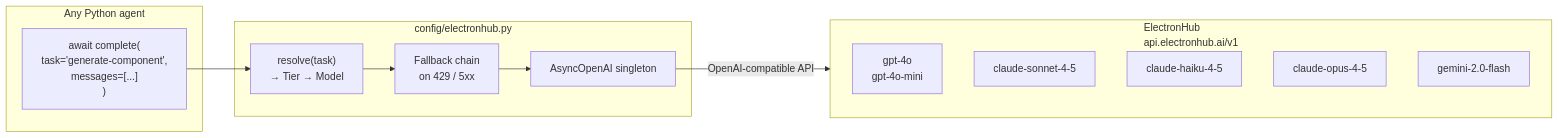
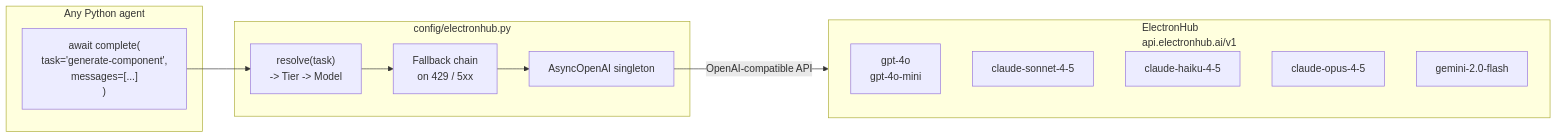
Before and after one commit to snowby666/forge: the first of 3 diagrams in docs/04-llm-routing.md, drawn with Mermaid. The commit also changed 7 other files, not shown here.

````diff
--- a/docs/04-llm-routing.md
+++ b/docs/04-llm-routing.md
@@ -9,25 +9,25 @@
 ```mermaid
 graph LR
     subgraph AGENTS["Any Python agent"]
         CODE["await complete(\n  task='generate-component',\n  messages=[...]\n)"]
     end
 
     subgraph GATEWAY["config/electronhub.py"]
-        RESOLVE["resolve(task)\n→ Tier → Model"]
+        RESOLVE["resolve(task)\n-> Tier -> Model"]
         FALLBACK["Fallback chain\non 429 / 5xx"]
         CLIENT["AsyncOpenAI singleton"]
     end
 
     subgraph EH["ElectronHub\napi.electronhub.ai/v1"]
         GPT["gpt-4o\ngpt-4o-mini"]
         SONNET["claude-sonnet-4-5"]
         HAIKU["claude-haiku-4-5"]
         OPUS["claude-opus-4-5"]
         GEMINI["gemini-2.0-flash"]
     end
 
     CODE --> RESOLVE
     RESOLVE --> FALLBACK
     FALLBACK --> CLIENT
     CLIENT -->|OpenAI-compatible API| EH
 ```
````
